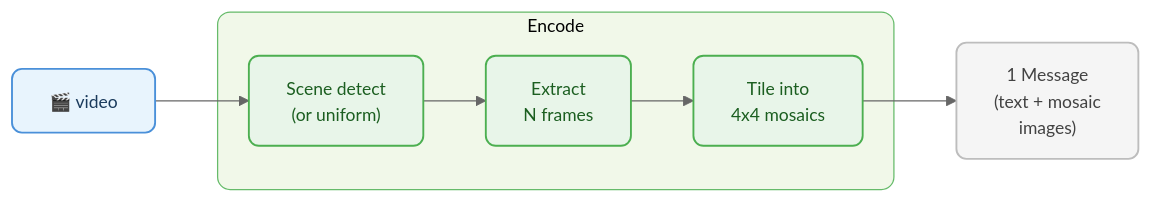
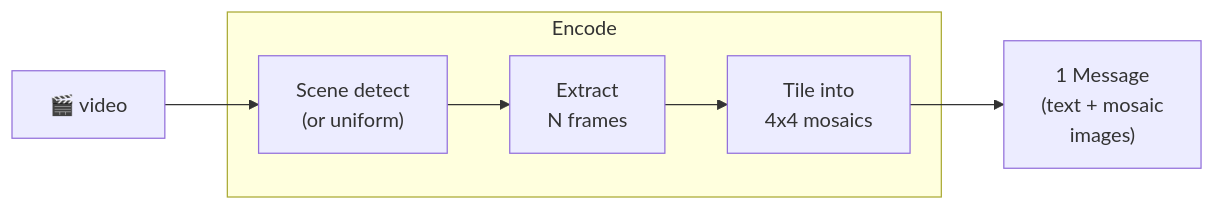
The third of 17 diagrams in docs/ENCODERS.md (vlm-run/mm), drawn with Mermaid before and after one commit. The commit also changed other lines of this file and 3 other files, not shown here.

````diff
--- a/docs/ENCODERS.md
+++ b/docs/ENCODERS.md
@@ -96,21 +82,14 @@
 ```mermaid
-%%{init: {'theme': 'base', 'themeVariables': { 'fontSize': '14px', 'primaryColor': '#e8f4fd', 'primaryBorderColor': '#4a90d9', 'lineColor': '#666'}}}%%
 graph LR
-  video["🎬 video"]:::input
+  video["🎬 video"]
 
   subgraph encode ["Encode"]
-    detect["Scene detect\n(or uniform)"]:::encode
-    frames["Extract\nN frames"]:::encode
-    tile["Tile into\n4x4 mosaics"]:::encode
+    detect["Scene detect\n(or uniform)"]
+    frames["Extract\nN frames"]
+    tile["Tile into\n4x4 mosaics"]
   end
 
-  msg["1 Message\n(text + mosaic\nimages)"]:::output
+  msg["1 Message\n(text + mosaic\nimages)"]
 
   video --> detect --> frames --> tile --> msg
-
-  classDef input fill:#e8f4fd,stroke:#4a90d9,stroke-width:1.5px,color:#1a3a5c,rx:8
-  classDef encode fill:#e8f5e9,stroke:#4caf50,stroke-width:1.5px,color:#1b5e20,rx:8
-  classDef output fill:#f5f5f5,stroke:#bdbdbd,stroke-width:1.5px,color:#424242,rx:8
-
-  style encode fill:#f1f8e9,stroke:#66bb6a,stroke-width:1px,rx:10
 ```
````
